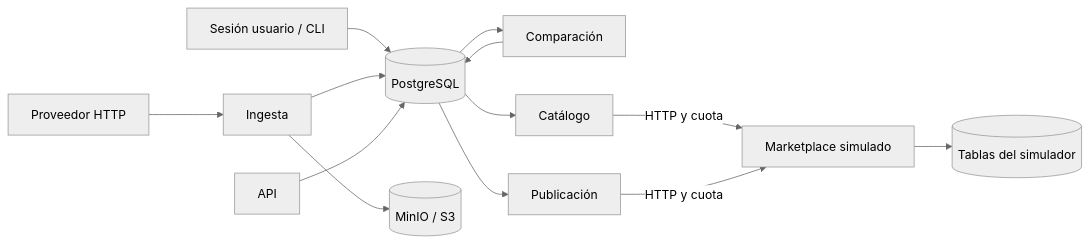
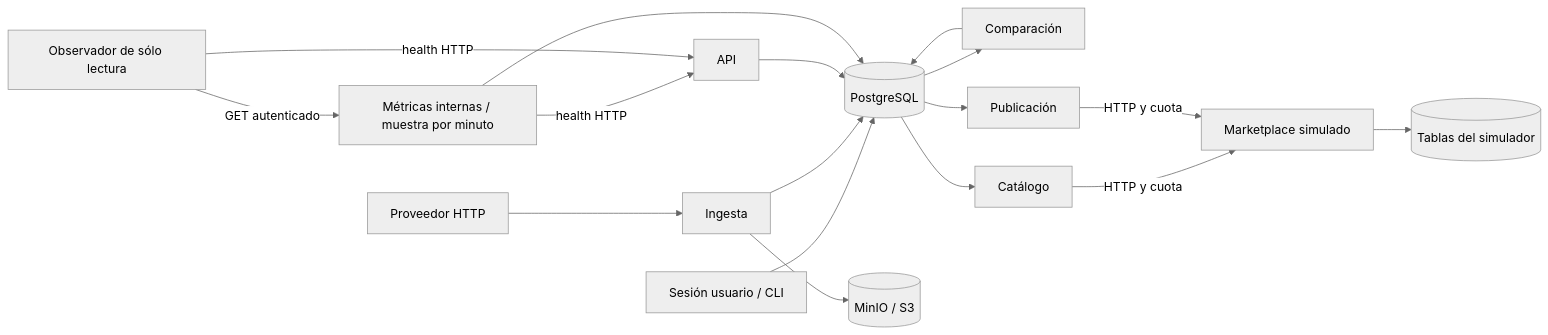
Before and after one commit to ramossofia-f/TP-ISW-IvoStock: the diagram in docs/srd/SRD.md, drawn with Mermaid (neutral theme). The commit also changed other lines of this file and 31 other files, not shown here.

Commit message:
feat: persistir metricas operativas y agregar observador de lectura

````diff
--- a/docs/srd/SRD.md
+++ b/docs/srd/SRD.md
@@ -9,15 +9,19 @@
 ```mermaid
 flowchart LR
     U[Sesión usuario / CLI] --> PG[(PostgreSQL)]
     HTTP[Proveedor HTTP] --> I[Ingesta]
     I --> S3[(MinIO / S3)]
     I --> PG
     PG --> C[Comparación]
     C --> PG
     PG --> P[Publicación]
     PG --> K[Catálogo]
     K -->|HTTP y cuota| SIM[Marketplace simulado]
     P -->|HTTP y cuota| SIM
     SIM --> DB[(Tablas del simulador)]
     API[API] --> PG
+    MET[Métricas internas / muestra por minuto] --> PG
+    MET -->|health HTTP| API
+    OBS[Observador de sólo lectura] -->|GET autenticado| MET
+    OBS -->|health HTTP| API
 ```
````
